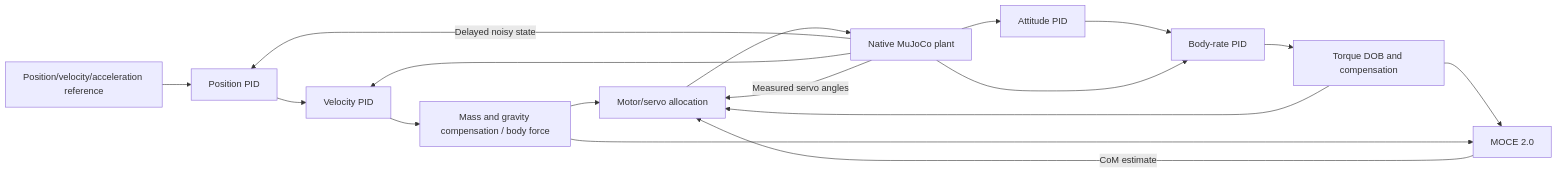
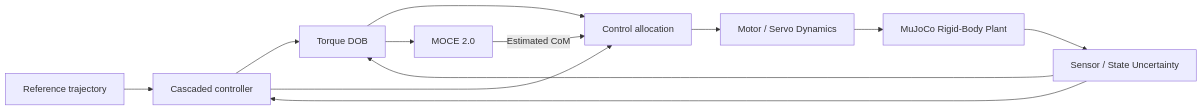
The diagram in README.md (SEOSUK/Sim_palletrone), drawn with Mermaid before and after one commit. The commit also changed other lines of this file and 13 other files, not shown here.

````diff
--- a/README.md
+++ b/README.md
@@ -65,19 +65,14 @@
 ```mermaid
 flowchart LR
-    reference[Position/velocity/acceleration reference] --> position[Position PID]
-    position --> velocity[Velocity PID]
-    velocity --> force[Mass and gravity compensation / body force]
-    attitude[Attitude PID] --> rate[Body-rate PID]
-    rate --> dob[Torque DOB and compensation]
-    dob --> allocation[Motor/servo allocation]
-    force --> allocation
+    ref[Reference trajectory] --> ctrl[Cascaded controller]
+    ctrl --> dob[Torque DOB]
+    dob --> alloc[Control allocation]
+    ctrl --> alloc
     dob --> moce[MOCE 2.0]
-    force --> moce
-    moce -->|CoM estimate| allocation
-    allocation --> plant[Native MuJoCo plant]
-    plant -->|Delayed noisy state| position
-    plant --> attitude
-    plant --> rate
-    plant --> velocity
-    plant -->|Measured servo angles| allocation
+    moce -->|Estimated CoM| alloc
+    alloc --> act[Motor / Servo Dynamics]
+    act --> plant[MuJoCo Rigid-Body Plant]
+    plant --> sens[Sensor / State Uncertainty]
+    sens --> ctrl
+    sens --> dob
 ```
````
